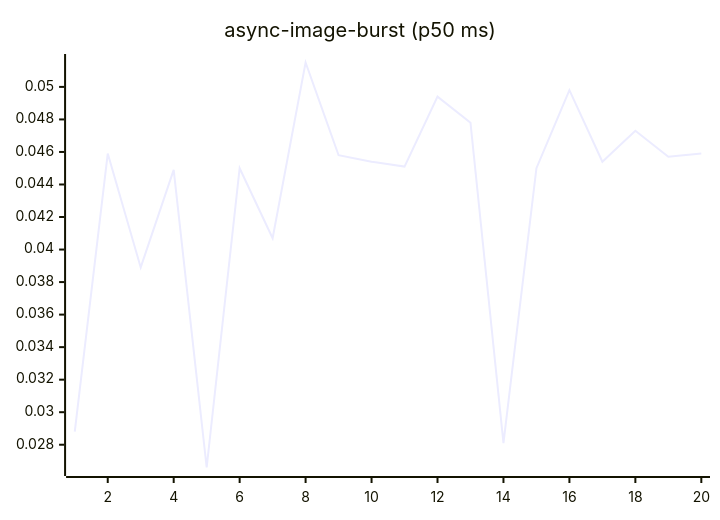
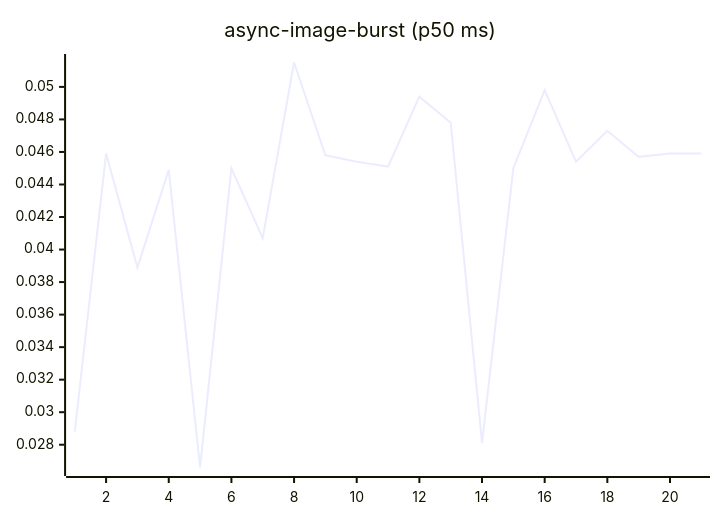
Before and after one commit to josha/Facet: the fourth of 27 diagrams in README.md, drawn with Mermaid. The commit also changed other lines of this file and 2 other files, not shown here.

````diff
--- a/README.md
+++ b/README.md
@@ -84,6 +84,6 @@
 ```mermaid
 xychart-beta
     title "async-image-burst (p50 ms)"
-    x-axis 1 --> 20
-    line [0.0288, 0.0459, 0.0389, 0.0449, 0.0266, 0.0450, 0.0407, 0.0515, 0.0458, 0.0454, 0.0451, 0.0494, 0.0478, 0.0281, 0.0450, 0.0498, 0.0454, 0.0473, 0.0457, 0.0459]
+    x-axis 1 --> 21
+    line [0.0288, 0.0459, 0.0389, 0.0449, 0.0266, 0.0450, 0.0407, 0.0515, 0.0458, 0.0454, 0.0451, 0.0494, 0.0478, 0.0281, 0.0450, 0.0498, 0.0454, 0.0473, 0.0457, 0.0459, 0.0459]
 ```
````
